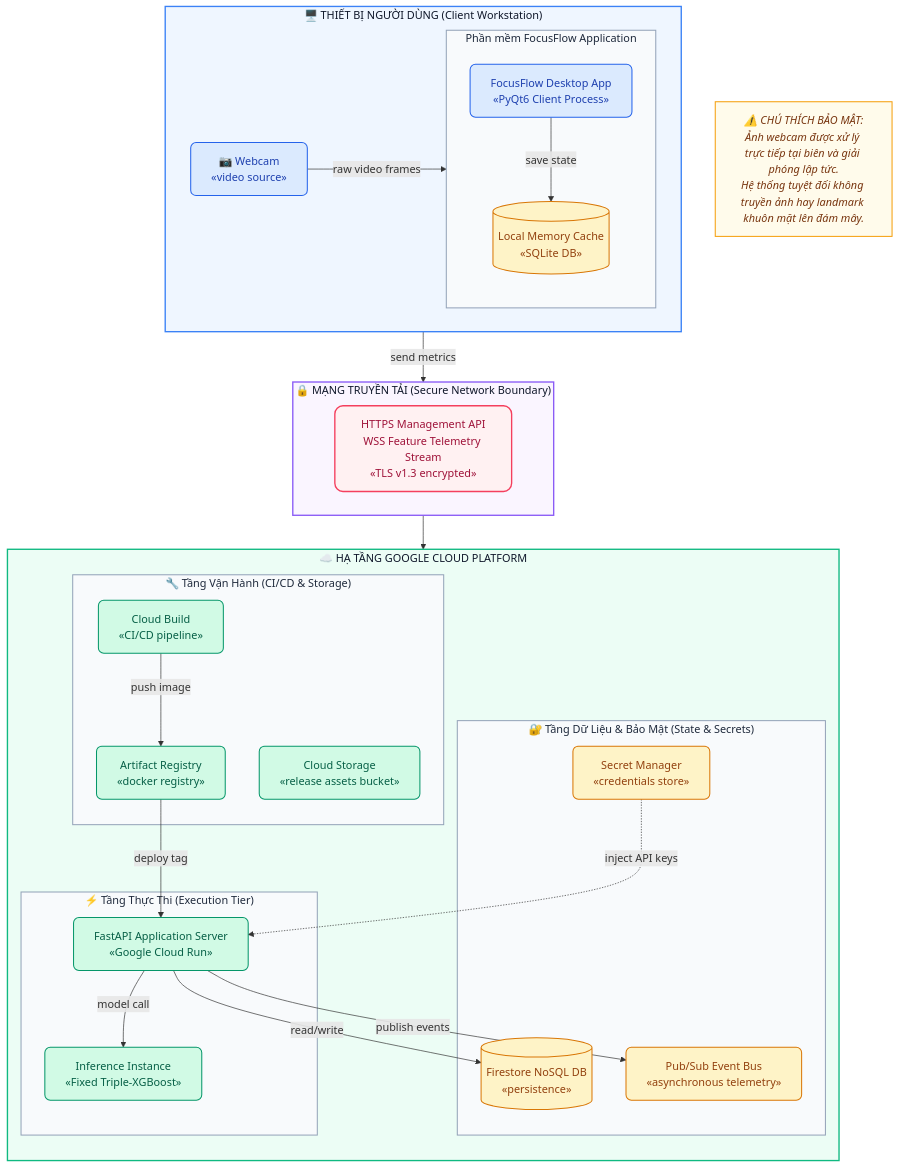
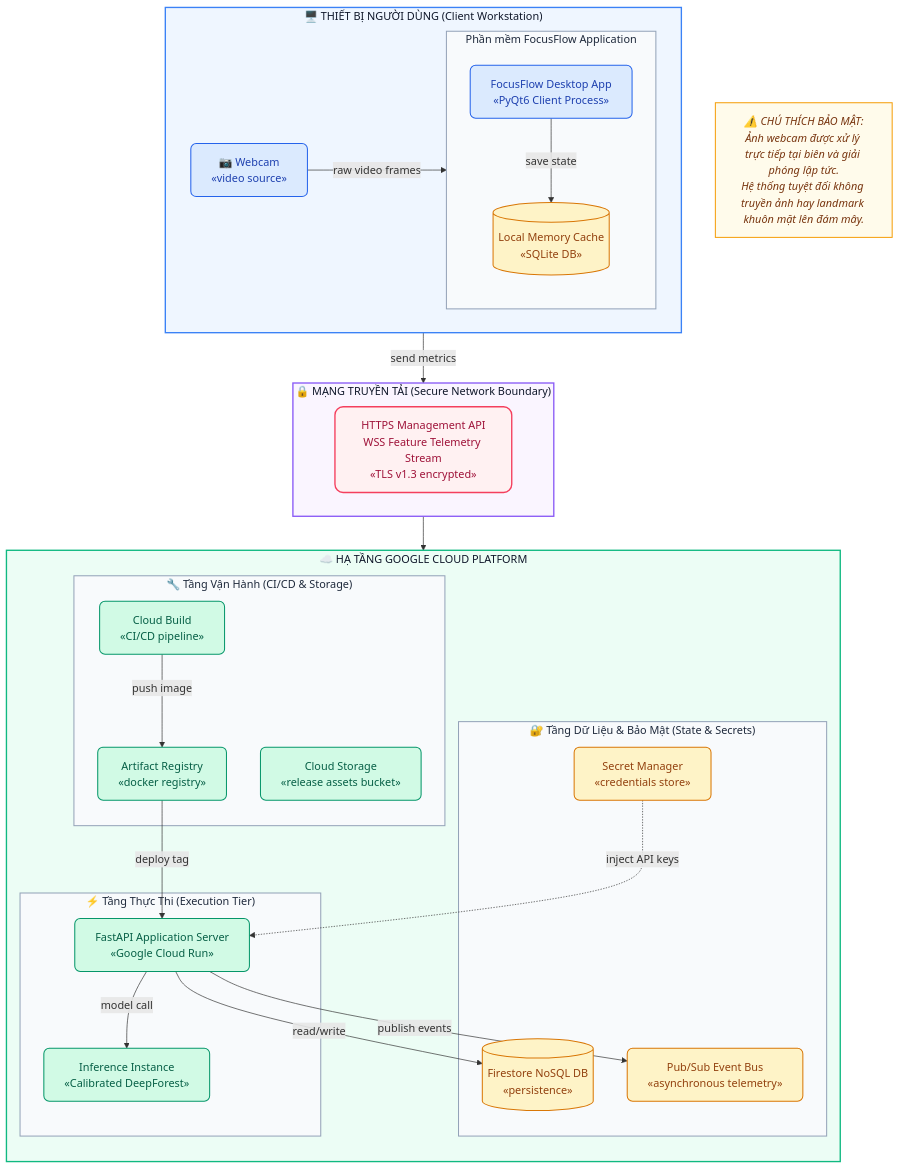
Before and after one commit to nguyenhoangviethung/FocusTracker: the diagram in docs/uml/03_deployment.mmd, drawn with Mermaid. The commit also changed 44 other files, not shown here.

```diff
--- a/docs/uml/03_deployment.mmd
+++ b/docs/uml/03_deployment.mmd
@@ -1,80 +1,80 @@
 graph TB
     %% USER HARDWARE & CLIENT NODE
     subgraph NODE_USER["🖥️ THIẾT BỊ NGƯỜI DÙNG (Client Workstation)"]
         direction LR
         CAM["📷 Webcam<br/>«video source»"]
         
         subgraph DESKTOP_ENV["Phần mềm FocusFlow Application"]
             direction TB
             APP["FocusFlow Desktop App<br/>«PyQt6 Client Process»"]
             CACHE[("Local Memory Cache<br/>«SQLite DB»")]
             APP -->|"save state"| CACHE
         end
 
         CAM -->|"raw video frames"| APP
     end
 
     %% NETWORK TRANSPORT
     subgraph BOUNDARY_NET["🔒 MẠNG TRUYỀN TẢI (Secure Network Boundary)"]
         direction LR
         TLS["HTTPS Management API<br/>WSS Feature Telemetry Stream<br/>«TLS v1.3 encrypted»"]
     end
 
     %% CLOUD RUNTIME TOPOLOGY
     subgraph GCP["☁️ HẠ TẦNG GOOGLE CLOUD PLATFORM"]
         direction TB
 
         subgraph RUNTIME_TIER["⚡ Tầng Thực Thi (Execution Tier)"]
             CR["FastAPI Application Server<br/>«Google Cloud Run»"]
-            XGB["Inference Instance<br/>«Fixed Triple-XGBoost»"]
+            XGB["Inference Instance<br/>«Calibrated DeepForest»"]
             CR -->|"model call"| XGB
         end
 
         subgraph DATA_TIER["🔐 Tầng Dữ Liệu & Bảo Mật (State & Secrets)"]
             FS[("Firestore NoSQL DB<br/>«persistence»")]
             PUBSUB["Pub/Sub Event Bus<br/>«asynchronous telemetry»"]
             SECRET["Secret Manager<br/>«credentials store»"]
         end
 
         subgraph OPERATIONAL_TIER["🔧 Tầng Vận Hành (CI/CD & Storage)"]
             CB["Cloud Build<br/>«CI/CD pipeline»"]
             AR["Artifact Registry<br/>«docker registry»"]
             CS["Cloud Storage<br/>«release assets bucket»"]
             CB -->|"push image"| AR
         end
 
         AR -->|"deploy tag"| CR
         CR -->|"read/write"| FS
         CR -->|"publish events"| PUBSUB
         SECRET -.->|"inject API keys"| CR
     end
 
     %% Warning box
     NOTE["⚠️ CHÚ THÍCH BẢO MẬT:\nẢnh webcam được xử lý trực tiếp tại biên và giải phóng lập tức.\nHệ thống tuyệt đối không truyền ảnh hay landmark khuôn mặt lên đám mây."]
 
     %% Connectivity
     APP -->|"send metrics"| TLS
     TLS --> CR
 
     %% Themes & Styles Definitions
     classDef clientStyle fill:#EFF6FF,stroke:#3B82F6,stroke-width:2px,color:#0F172A;
     classDef cloudStyle fill:#ECFDF5,stroke:#10B981,stroke-width:2px,color:#0F172A;
     classDef networkStyle fill:#FAF5FF,stroke:#8B5CF6,stroke-width:2px,color:#0F172A;
     classDef noteStyle fill:#FFFBEB,stroke:#F59E0B,stroke-width:1.5px,color:#78350F,font-style:italic;
     classDef systemBoxStyle fill:#F8FAFC,stroke:#94A3B8,stroke-width:1.5px,color:#1E293B;
 
     classDef nodeApp fill:#DBEAFE,stroke:#2563EB,stroke-width:1.5px,color:#1E40AF,rx:8px,ry:8px;
     classDef nodeCloud fill:#D1FAE5,stroke:#059669,stroke-width:1.5px,color:#065F46,rx:8px,ry:8px;
     classDef nodeDb fill:#FEF3C7,stroke:#D97706,stroke-width:1.5px,color:#92400E,rx:8px,ry:8px;
     classDef nodeTls fill:#FFF1F2,stroke:#F43F5E,stroke-width:2px,color:#9F1239,rx:12px,ry:12px;
 
     class NODE_USER clientStyle;
     class GCP cloudStyle;
     class BOUNDARY_NET networkStyle;
     class NOTE noteStyle;
     class DESKTOP_ENV,RUNTIME_TIER,DATA_TIER,OPERATIONAL_TIER systemBoxStyle;
 
     class APP,CAM nodeApp;
     class CR,XGB,CB,AR,CS nodeCloud;
     class CACHE,FS,PUBSUB,SECRET nodeDb;
     class TLS nodeTls;
```
